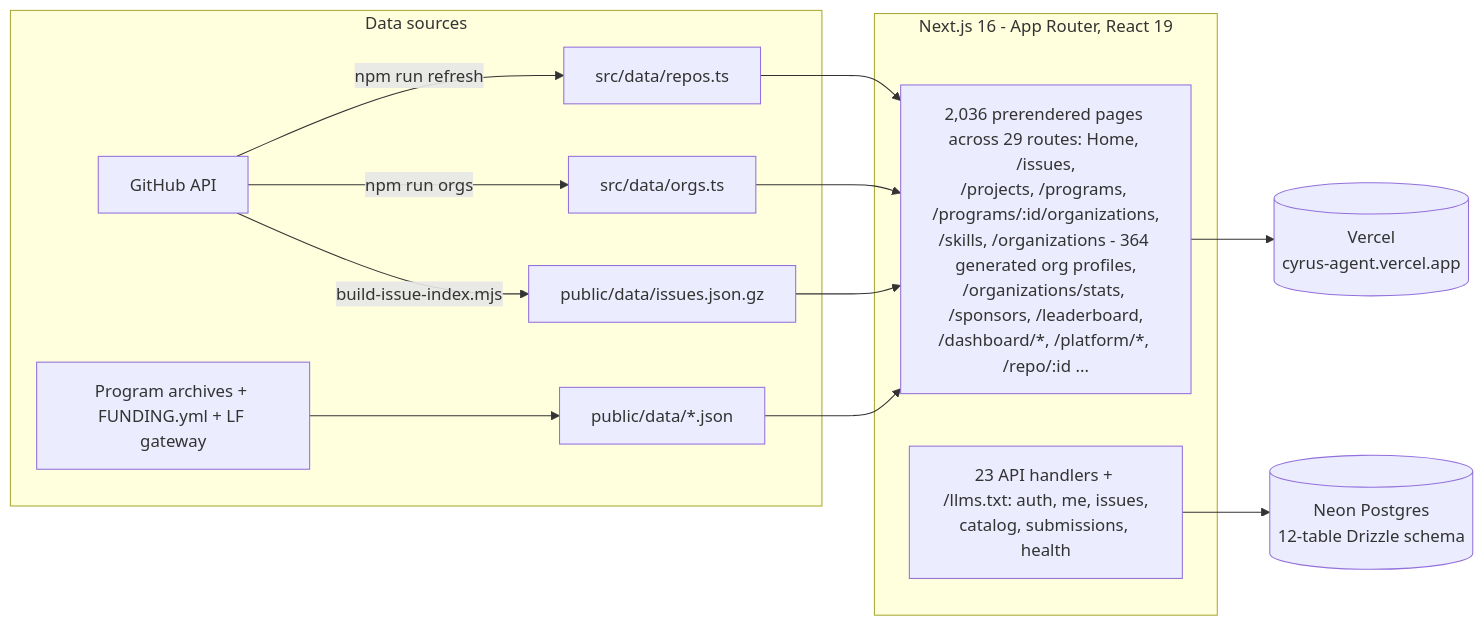
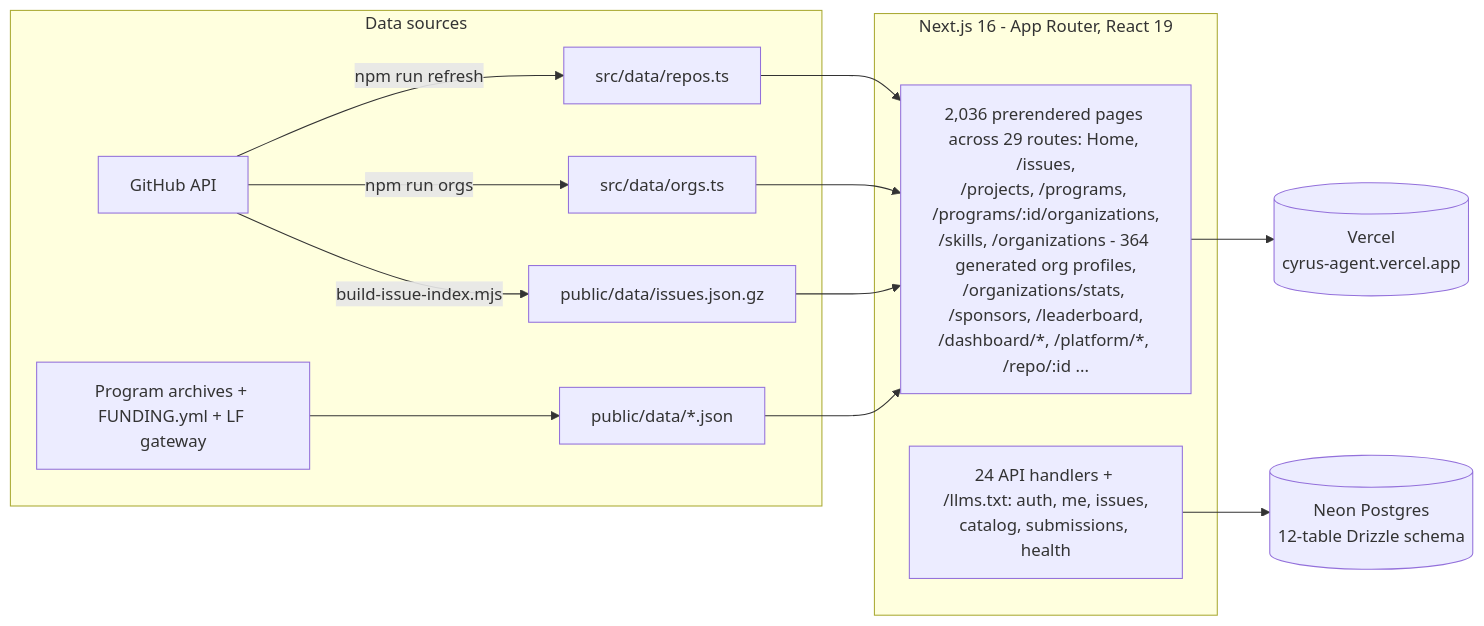
One commit to adityalenova/cyrus changed the second of 2 diagrams in README.md. Above: the diagram before and after it, drawn with Mermaid. The commit also changed other lines of this file and 14 other files, not shown here.

````diff
--- a/README.md
+++ b/README.md
@@ -347,15 +347,15 @@
 ```mermaid
 flowchart LR
     subgraph sources [Data sources]
         GH[GitHub API] -->|npm run refresh| D1[src/data/repos.ts]
         GH -->|npm run orgs| D2[src/data/orgs.ts]
         GH -->|build-issue-index.mjs| D3[public/data/issues.json.gz]
         SOC[Program archives + FUNDING.yml + LF gateway] --> D4[public/data/*.json]
     end
     subgraph app [Next.js 16 - App Router, React 19]
         D1 & D2 & D3 & D4 --> PAGES[2,036 prerendered pages across 29 routes: Home, /issues,<br/>/projects, /programs, /programs/:id/organizations,<br/>/skills, /organizations - 364 generated org profiles,<br/>/organizations/stats, /sponsors, /leaderboard,<br/>/dashboard/*, /platform/*, /repo/:id ...]
-        API[23 API handlers + /llms.txt: auth, me, issues,<br/>catalog, submissions, health]
+        API[24 API handlers + /llms.txt: auth, me, issues,<br/>catalog, submissions, health]
     end
     PAGES --> V[(Vercel<br/>cyrus-agent.vercel.app)]
     API --> DB[(Neon Postgres<br/>12-table Drizzle schema)]
 ```
````
